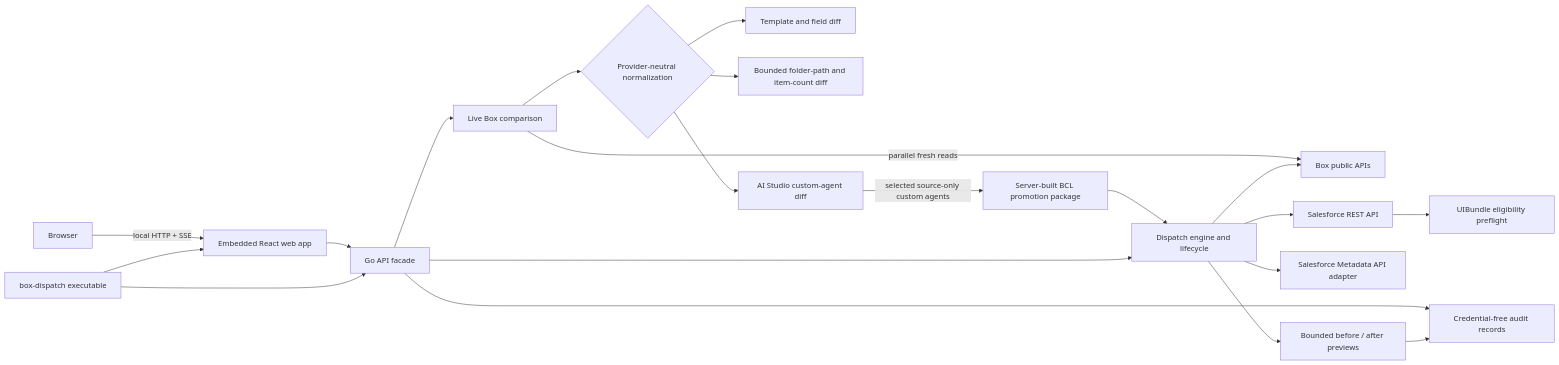
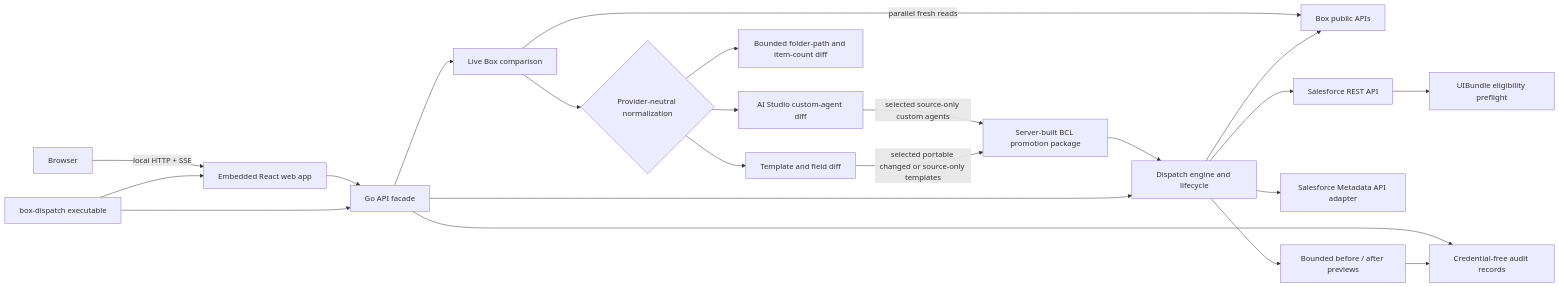
Before and after one commit to unofficialbox/box-dispatch: the first of 2 diagrams in docs/WEB_APP_ARCHITECTURE.md, drawn with Mermaid. The commit also changed other lines of this file and 33 other files, not shown here.

````diff
--- a/docs/WEB_APP_ARCHITECTURE.md
+++ b/docs/WEB_APP_ARCHITECTURE.md
@@ -10,23 +10,24 @@
 ```mermaid
 flowchart LR
     Executable["box-dispatch executable"] --> UI["Embedded React web app"]
     Executable --> API["Go API facade"]
     Browser["Browser"] -->|"local HTTP + SSE"| UI
     UI --> API
     API --> Engine["Dispatch engine and lifecycle"]
     API --> LiveCompare["Live Box comparison"]
     Engine --> Box["Box public APIs"]
     LiveCompare -->|"parallel fresh reads"| Box
     LiveCompare --> Normalize{"Provider-neutral normalization"}
     Normalize --> MetadataDiff["Template and field diff"]
     Normalize --> FolderDiff["Bounded folder-path and item-count diff"]
     Normalize --> AIAgentDiff["AI Studio custom-agent diff"]
-    AIAgentDiff -->|"selected source-only custom agents"| Promotion["Server-built BCL promotion package"]
+    MetadataDiff -->|"selected portable changed or source-only templates"| Promotion["Server-built BCL promotion package"]
+    AIAgentDiff -->|"selected source-only custom agents"| Promotion
     Promotion --> Engine
     Engine --> SalesforceREST["Salesforce REST API"]
     SalesforceREST --> SalesforceEligibility["UIBundle eligibility preflight"]
     Engine --> SalesforceMetadata["Salesforce Metadata API adapter"]
     Engine --> ChangeSnapshot["Bounded before / after previews"]
     ChangeSnapshot --> Audit["Credential-free audit records"]
     API --> Audit
 ```
````
